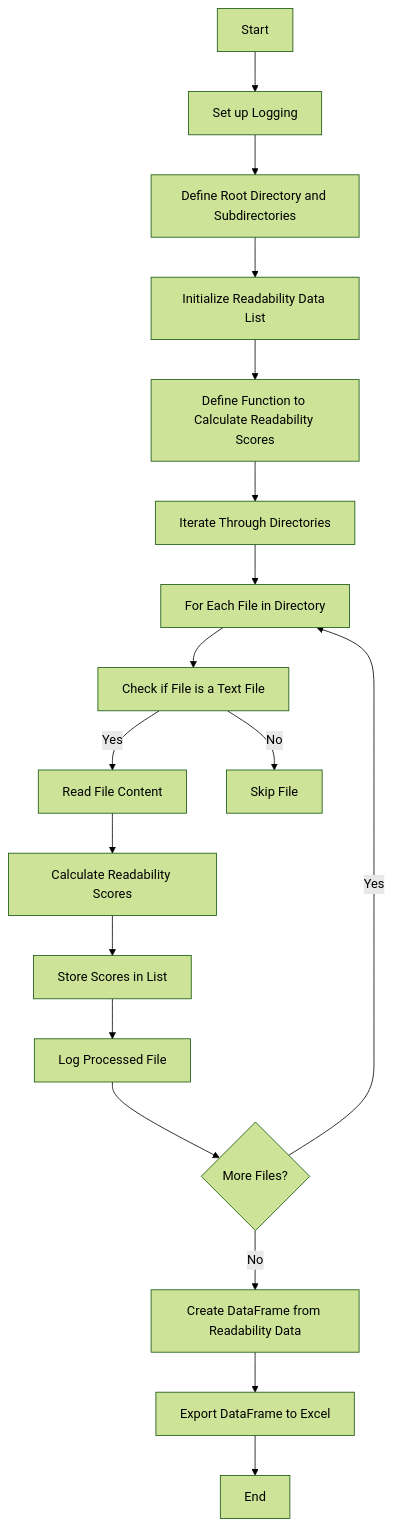
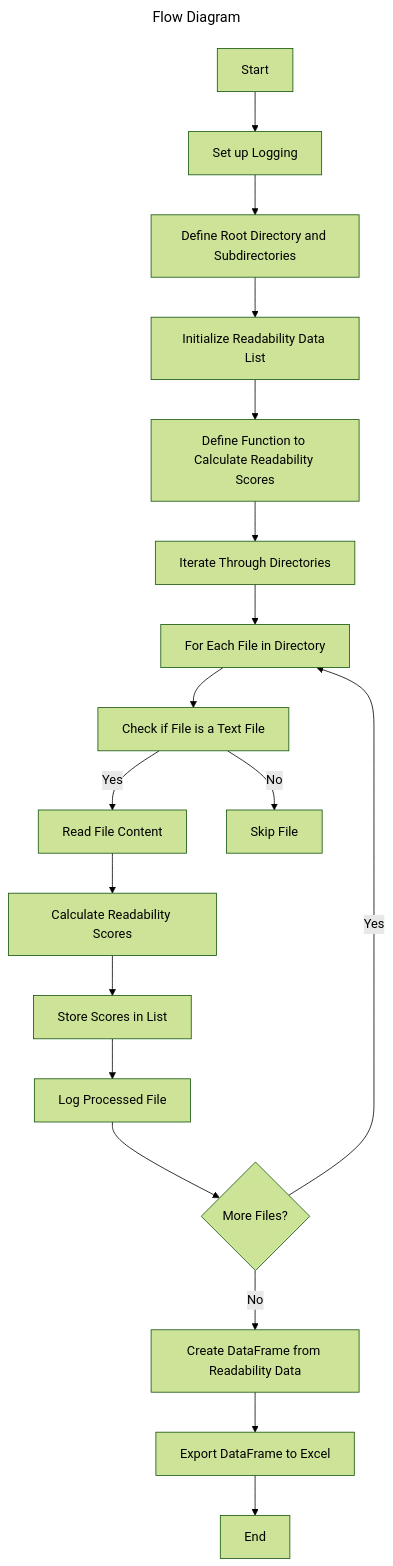
One commit to anrichp/Computing-Project-2024 changed the first of 2 diagrams in Algorithm Evaluation/README.md. Above: the diagram before and after it, drawn with Mermaid (forest theme). The commit also changed other lines of this file, not shown here.

Commit message:
add titles to diagram

````diff
--- a/Algorithm Evaluation/README.md
+++ b/Algorithm Evaluation/README.md
@@ -4,21 +4,24 @@
 ```mermaid
+---
+title: Flow Diagram
+---
 graph TD
     A[Start] --> B[Set up Logging]
     B --> C[Define Root Directory and Subdirectories]
     C --> D[Initialize Readability Data List]
     D --> E[Define Function to Calculate Readability Scores]
     E --> F[Iterate Through Directories]
     F --> G[For Each File in Directory]
     G --> H[Check if File is a Text File]
     H -- Yes --> I[Read File Content]
     I --> J[Calculate Readability Scores]
     J --> K[Store Scores in List]
     K --> L[Log Processed File]
     H -- No --> M[Skip File]
     L --> N{More Files?}
     N -- Yes --> G
     N -- No --> O[Create DataFrame from Readability Data]
     O --> P[Export DataFrame to Excel]
     P --> Q[End]
 
 ```
````
